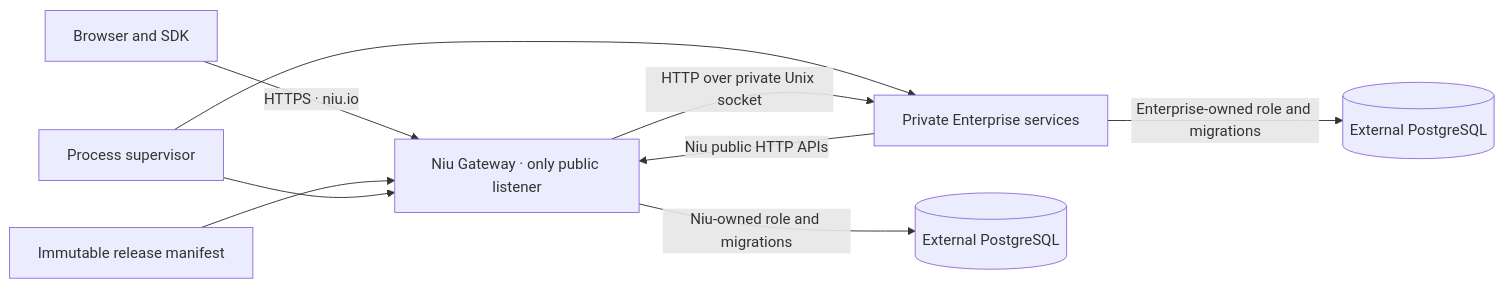
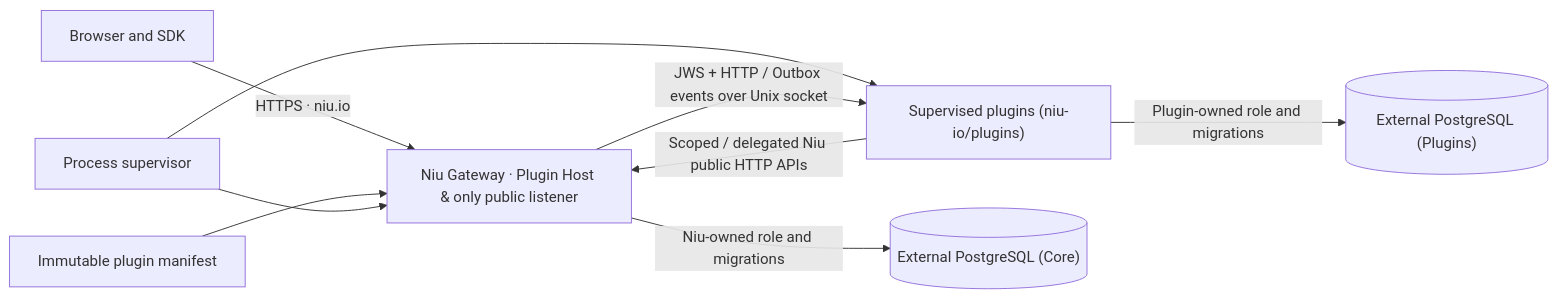
The diagram in docs/architecture/enterprise-composition.md (niu-io/niu), drawn with Mermaid before and after one commit. The commit also changed other lines of this file and 436 other files, not shown here.

Commit message:
refactor(api,dashboard): split three-plane API architecture and unify workspace key policies

````diff
--- a/docs/architecture/enterprise-composition.md
+++ b/docs/architecture/enterprise-composition.md
@@ -31,11 +61,11 @@
 ```mermaid
 flowchart LR
-    Browser[Browser and SDK] -->|HTTPS · niu.io| Gateway[Niu Gateway · only public listener]
-    Registry[Immutable release manifest] --> Gateway
-    Supervisor[Process supervisor] --> Gateway
-    Supervisor --> Module[Private Enterprise services]
-    Gateway -->|HTTP over private Unix socket| Module
-    Module -->|Niu public HTTP APIs| Gateway
-    Gateway -->|Niu-owned role and migrations| CoreDB[(External PostgreSQL)]
-    Module -->|Enterprise-owned role and migrations| EntDB[(External PostgreSQL)]
+    Browser["Browser and SDK"] -->|"HTTPS · niu.io"| Gateway["Niu Gateway · Plugin Host & only public listener"]
+    Manifest["Immutable plugin manifest"] --> Gateway
+    Supervisor["Process supervisor"] --> Gateway
+    Supervisor --> Plugin["Supervised plugins (niu-io/plugins)"]
+    Gateway -->|"JWS + HTTP / Outbox events over Unix socket"| Plugin
+    Plugin -->|"Scoped / delegated Niu public HTTP APIs"| Gateway
+    Gateway -->|"Niu-owned role and migrations"| CoreDB[("External PostgreSQL (Core)")]
+    Plugin -->|"Plugin-owned role and migrations"| PluginDB[("External PostgreSQL (Plugins)")]
 ```
````
